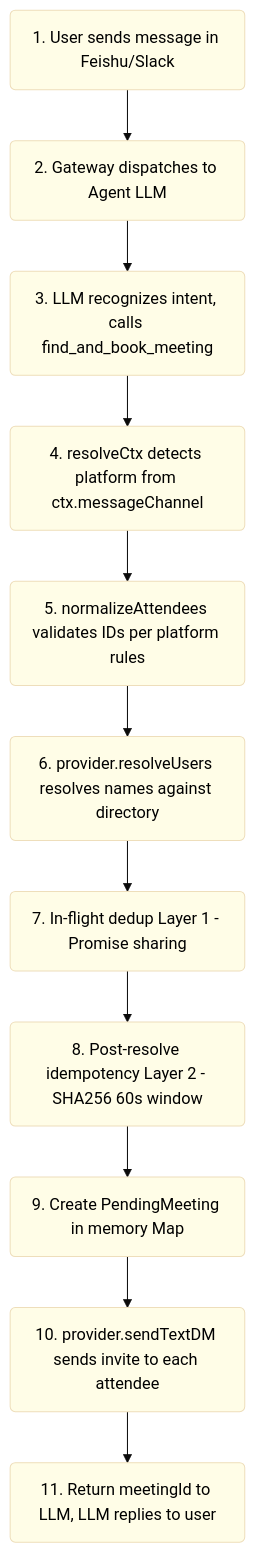
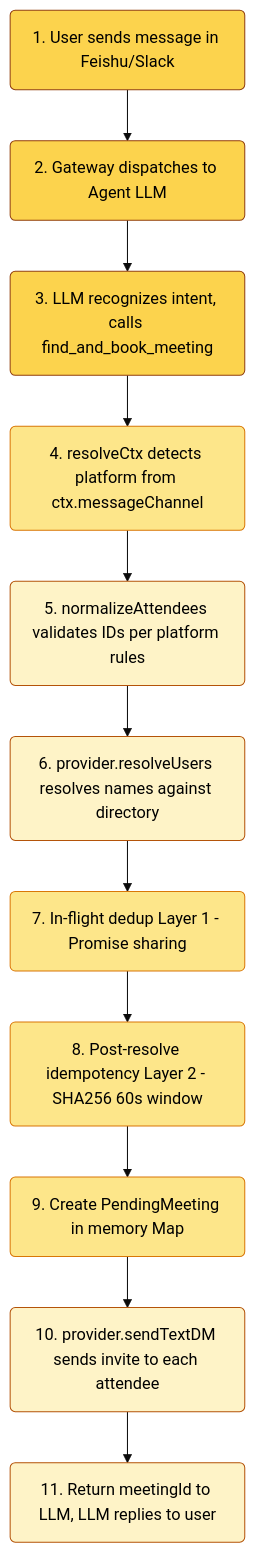
One commit to javana3/claw_meeting_all changed the third of 13 diagrams in README.md. Above: the diagram before and after it, drawn with Mermaid (base theme). The commit also changed other lines of this file, not shown here.

Commit message:
Add golden borders and hierarchy to mermaid diagrams

````diff
--- a/README.md
+++ b/README.md
@@ -103,25 +103,25 @@
 ```mermaid
 graph TD
     A(1. User sends message in Feishu/Slack) --> B(2. Gateway dispatches to Agent LLM)
     B --> C(3. LLM recognizes intent, calls find_and_book_meeting)
     C --> D(4. resolveCtx detects platform from ctx.messageChannel)
     D --> E(5. normalizeAttendees validates IDs per platform rules)
     E --> F(6. provider.resolveUsers resolves names against directory)
     F --> G(7. In-flight dedup Layer 1 - Promise sharing)
     G --> H(8. Post-resolve idempotency Layer 2 - SHA256 60s window)
     H --> I(9. Create PendingMeeting in memory Map)
     I --> J(10. provider.sendTextDM sends invite to each attendee)
     J --> K(11. Return meetingId to LLM, LLM replies to user)
 
-    style D fill:#fffde7,color:#000
-    style G fill:#fffde7,color:#000
-    style H fill:#fffde7,color:#000
-    style I fill:#fffde7,color:#000
-    style A fill:#fffde7,color:#000
-    style B fill:#fffde7,color:#000
-    style C fill:#fffde7,color:#000
-    style E fill:#fffde7,color:#000
-    style F fill:#fffde7,color:#000
-    style J fill:#fffde7,color:#000
-    style K fill:#fffde7,color:#000
+    style D fill:#fde68a,stroke:#d97706,color:#000
+    style G fill:#fde68a,stroke:#d97706,color:#000
+    style H fill:#fde68a,stroke:#d97706,color:#000
+    style I fill:#fde68a,stroke:#d97706,color:#000
+    style A fill:#fcd34d,stroke:#92400e,color:#000
+    style B fill:#fcd34d,stroke:#92400e,color:#000
+    style C fill:#fcd34d,stroke:#92400e,color:#000
+    style E fill:#fef3c7,stroke:#b45309,color:#000
+    style F fill:#fef3c7,stroke:#b45309,color:#000
+    style J fill:#fef3c7,stroke:#b45309,color:#000
+    style K fill:#fef3c7,stroke:#b45309,color:#000
 ```
````
